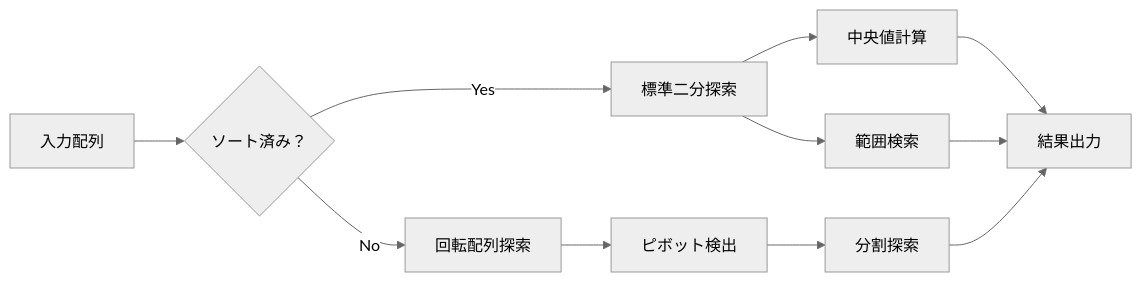
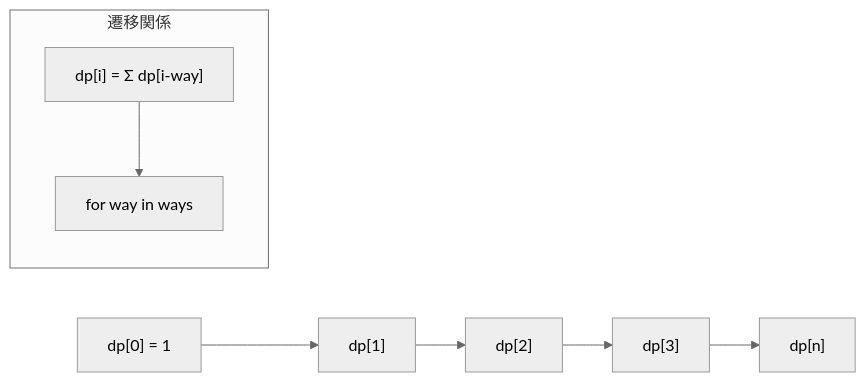
Before and after one commit to myoshi2891/Algorithm-DataStructures-Math-SQL: the second of 6 diagrams in README.md, drawn with Mermaid (neutral theme). The commit also changed other lines of this file, not shown here.

````diff
--- a/README.md
+++ b/README.md
@@ -38,16 +108,12 @@
 ```mermaid
-flowchart LR
-    A[入力配列] --> B{ソート済み？}
-    B -->|Yes| C[標準二分探索]
-    B -->|No| D[回転配列探索]
+graph LR
+    A["dp[0] = 1"] --> B["dp[1]"]
+    B --> C["dp[2]"]
+    C --> D["dp[3]"]
+    D --> E["dp[n]"]
     
-    C --> E[中央値計算]
-    C --> F[範囲検索]
-    
-    D --> G[ピボット検出]
-    G --> H[分割探索]
-    
-    E --> I[結果出力]
-    F --> I
-    H --> I
+    subgraph "遷移関係"
+    F["dp[i] = Σ dp[i-way]"] 
+    F --> G["for way in ways"]
+    end
 ```
````
